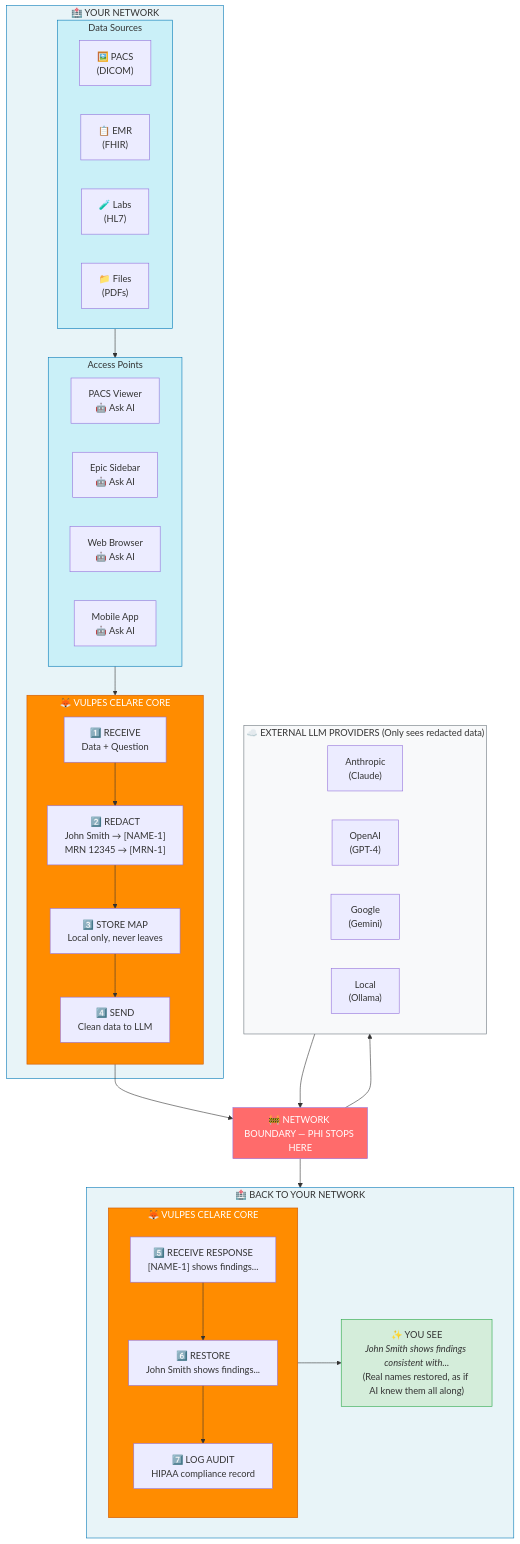
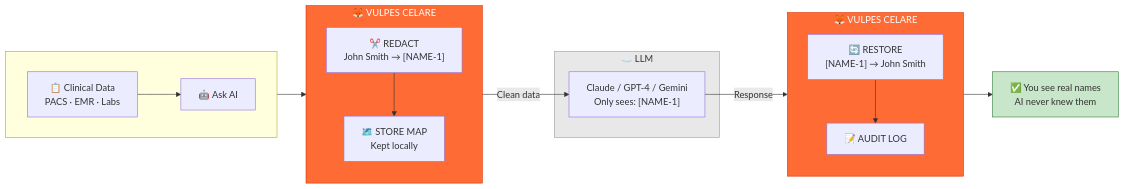
The diagram in README.md (DocHatty/Vulpes-Celare), drawn with Mermaid before and after one commit. The commit also changed other lines of this file, not shown here.

````diff
--- a/README.md
+++ b/README.md
@@ -36,70 +36,41 @@
 ```mermaid
-flowchart TB
-    subgraph network ["🏥 YOUR NETWORK"]
-        subgraph sources ["Data Sources"]
-            PACS["🖼️ PACS<br/>(DICOM)"]
-            EMR["📋 EMR<br/>(FHIR)"]
-            Labs["🧪 Labs<br/>(HL7)"]
-            Files["📁 Files<br/>(PDFs)"]
-        end
-        
-        subgraph access ["Access Points"]
-            Viewer["PACS Viewer<br/>🤖 Ask AI"]
-            Epic["Epic Sidebar<br/>🤖 Ask AI"]
-            Web["Web Browser<br/>🤖 Ask AI"]
-            Mobile["Mobile App<br/>🤖 Ask AI"]
-        end
-        
-        subgraph core ["🦊 VULPES CELARE CORE"]
-            direction TB
-            R1["1️⃣ RECEIVE<br/>Data + Question"]
-            R2["2️⃣ REDACT<br/>John Smith → [NAME-1]<br/>MRN 12345 → [MRN-1]"]
-            R3["3️⃣ STORE MAP<br/>Local only, never leaves"]
-            R4["4️⃣ SEND<br/>Clean data to LLM"]
-            
-            R1 --> R2 --> R3 --> R4
-        end
-        
-        sources --> access
-        access --> core
+flowchart LR
+    subgraph YN1 [" "]
+        direction LR
+        Data["📋 Clinical Data<br/>PACS · EMR · Labs"]
+        Ask["🤖 Ask AI"]
+        Data --> Ask
     end
-    
-    subgraph boundary ["🚧 NETWORK BOUNDARY — PHI STOPS HERE"]
-        style boundary fill:#ff6b6b,color:#fff
+
+    subgraph CORE ["🦊 VULPES CELARE"]
+        direction TB
+        Redact["✂️ REDACT<br/>John Smith → [NAME-1]"]
+        Map["🗺️ STORE MAP<br/>Kept locally"]
+        Redact --> Map
     end
-    
-    subgraph external ["☁️ EXTERNAL LLM PROVIDERS (Only sees redacted data)"]
-        Claude["Anthropic<br/>(Claude)"]
-        GPT["OpenAI<br/>(GPT-4)"]
-        Gemini["Google<br/>(Gemini)"]
-        Local["Local<br/>(Ollama)"]
+
+    Ask --> Redact
+
+    subgraph EXT ["☁️ LLM"]
+        LLM["Claude / GPT-4 / Gemini<br/>Only sees: [NAME-1]"]
     end
-    
-    subgraph return ["🏥 BACK TO YOUR NETWORK"]
-        subgraph core2 ["🦊 VULPES CELARE CORE"]
-            R5["5️⃣ RECEIVE RESPONSE<br/>[NAME-1] shows findings..."]
-            R6["6️⃣ RESTORE<br/>John Smith shows findings..."]
-            R7["7️⃣ LOG AUDIT<br/>HIPAA compliance record"]
-            
-            R5 --> R6 --> R7
-        end
-        
-        Result["✨ YOU SEE<br/><i>John Smith shows findings consistent with...</i><br/>(Real names restored, as if AI knew them all along)"]
-        
-        core2 --> Result
+
+    Map -->|"Clean data"| LLM
+
+    subgraph CORE2 ["🦊 VULPES CELARE"]
+        direction TB
+        Restore["🔄 RESTORE<br/>[NAME-1] → John Smith"]
+        Audit["📝 AUDIT LOG"]
+        Restore --> Audit
     end
-    
-    core --> boundary
-    boundary --> external
-    external --> boundary
-    boundary --> return
 
-    style network fill:#e8f4f8,stroke:#0077b6
-    style sources fill:#caf0f8,stroke:#0077b6
-    style access fill:#caf0f8,stroke:#0077b6
-    style core fill:#ff8c00,stroke:#cc5500,color:#fff
-    style core2 fill:#ff8c00,stroke:#cc5500,color:#fff
-    style external fill:#f8f9fa,stroke:#6c757d
-    style return fill:#e8f4f8,stroke:#0077b6
-    style Result fill:#d4edda,stroke:#28a745
+    LLM -->|"Response"| Restore
+
+    Result["✅ You see real names<br/>AI never knew them"]
+    Audit --> Result
+
+    style CORE fill:#ff6b35,stroke:#d63000,color:#fff
+    style CORE2 fill:#ff6b35,stroke:#d63000,color:#fff
+    style EXT fill:#e8e8e8,stroke:#999
+    style Result fill:#c8e6c9,stroke:#2e7d32
 ```
````
